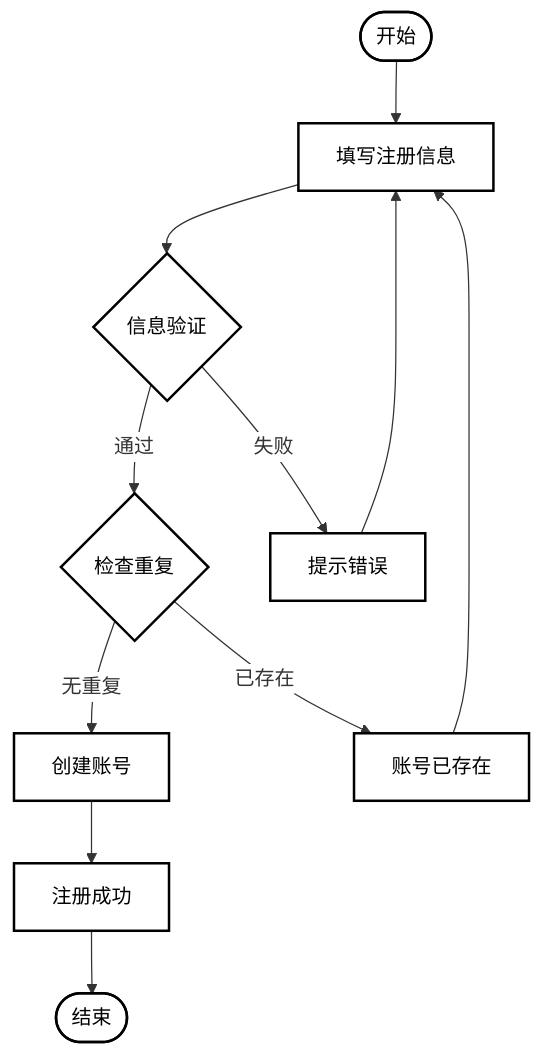
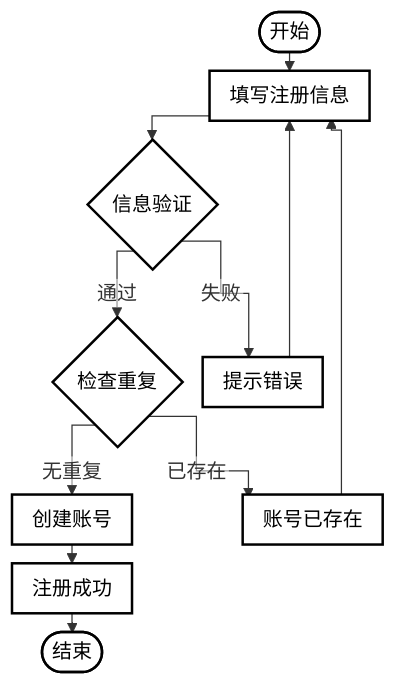
The sixth of 6 diagrams in diagram-flow/SKILL.md (x-dc-coder/CC-Skills), drawn with Mermaid before and after one commit. The commit also changed other lines of this file and 60 other files, not shown here.

````diff
--- a/diagram-flow/SKILL.md
+++ b/diagram-flow/SKILL.md
@@ -206,20 +212,20 @@
 ```mermaid
-%%{init: {'themeVariables': { 'edgeLabelBackground': '#ffffff'}}}%%
+%%{init: {'themeVariables': { 'fontFamily': 'SimSun, Noto Serif CJK SC, serif', 'fontSize': '16px', 'edgeLabelBackground': '#ffffff'}, 'flowchart': {'curve': 'stepAfter', 'padding': 0, 'nodeSpacing': 10, 'rankSpacing': 15, 'useMaxWidth': true, 'htmlLabels': false}}}%%
 flowchart TD
     %% 定义样式：白色背景，黑色边框
     classDef default fill:#ffffff,stroke:#000000,stroke-width:2px,color:#000000
     classDef diamond fill:#ffffff,stroke:#000000,stroke-width:2px,color:#000000
     
     start([开始]) --> input[填写注册信息]
     input --> check{信息验证}
     check -->|通过| check_dup{检查重复}
     check -->|失败| error[提示错误]
     check_dup -->|无重复| create[创建账号]
     check_dup -->|已存在| dup_error[账号已存在]
     error --> input
     dup_error --> input
     create --> success[注册成功]
     success --> end_node([结束])
     
     class check,check_dup diamond
 ```
````
